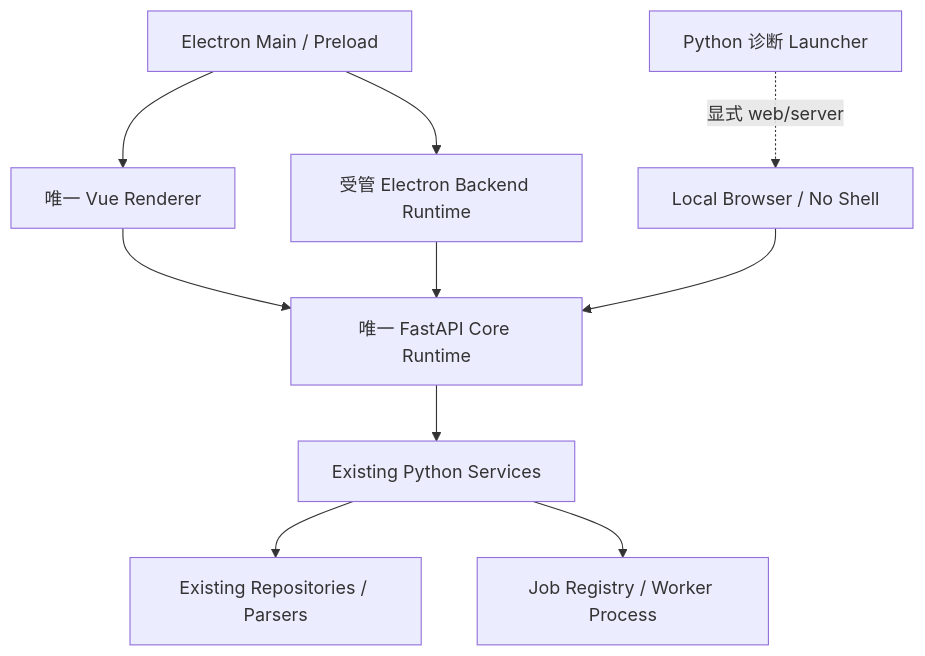
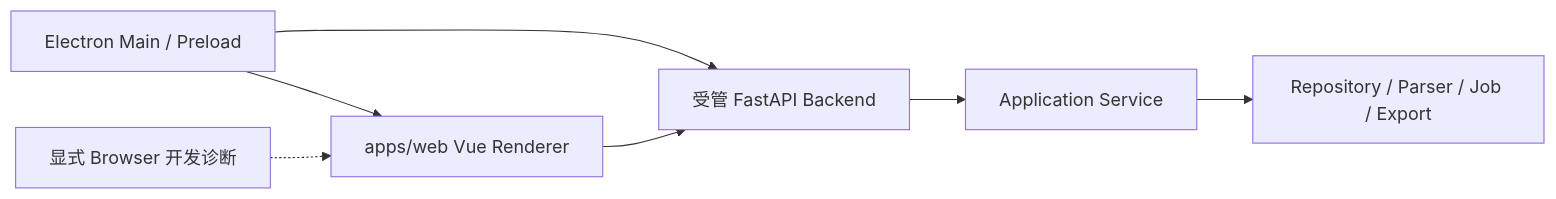
One commit to wxj183589/NetConsole changed the diagram in docs/WEB_ARCHITECTURE.md. Above: the diagram before and after it, drawn with Mermaid. The commit also changed other lines of this file and 79 other files, not shown here.

````diff
--- a/docs/WEB_ARCHITECTURE.md
+++ b/docs/WEB_ARCHITECTURE.md
@@ -13,12 +7,9 @@
 ```mermaid
-flowchart TD
-    E["Electron Main / Preload"] --> V["唯一 Vue Renderer"]
-    E --> R["受管 Electron Backend Runtime"]
-    R --> API["唯一 FastAPI Core Runtime"]
-    L["Python 诊断 Launcher"] -.显式 web/server.-> B["Local Browser / No Shell"]
-    B --> API
-    V --> API
-    API --> CORE["Existing Python Services"]
-    CORE --> REPO["Existing Repositories / Parsers"]
-    CORE --> JOB["Job Registry / Worker Process"]
+flowchart LR
+    E["Electron Main / Preload"] --> V["apps/web Vue Renderer"]
+    E --> B["受管 FastAPI Backend"]
+    V --> B
+    DEV["显式 Browser 开发诊断"] -.-> V
+    B --> A["Application Service"]
+    A --> R["Repository / Parser / Job / Export"]
 ```
````
